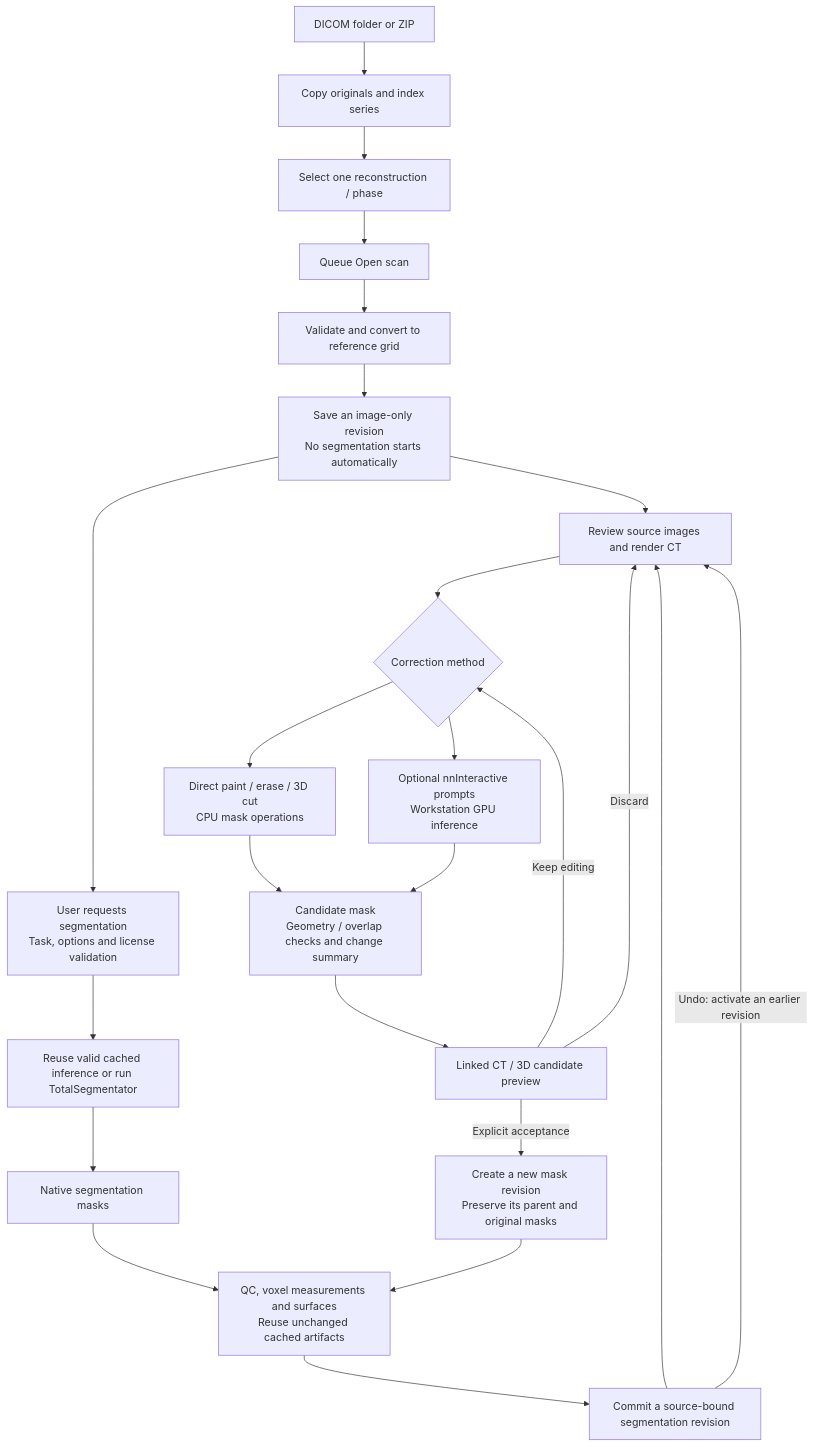
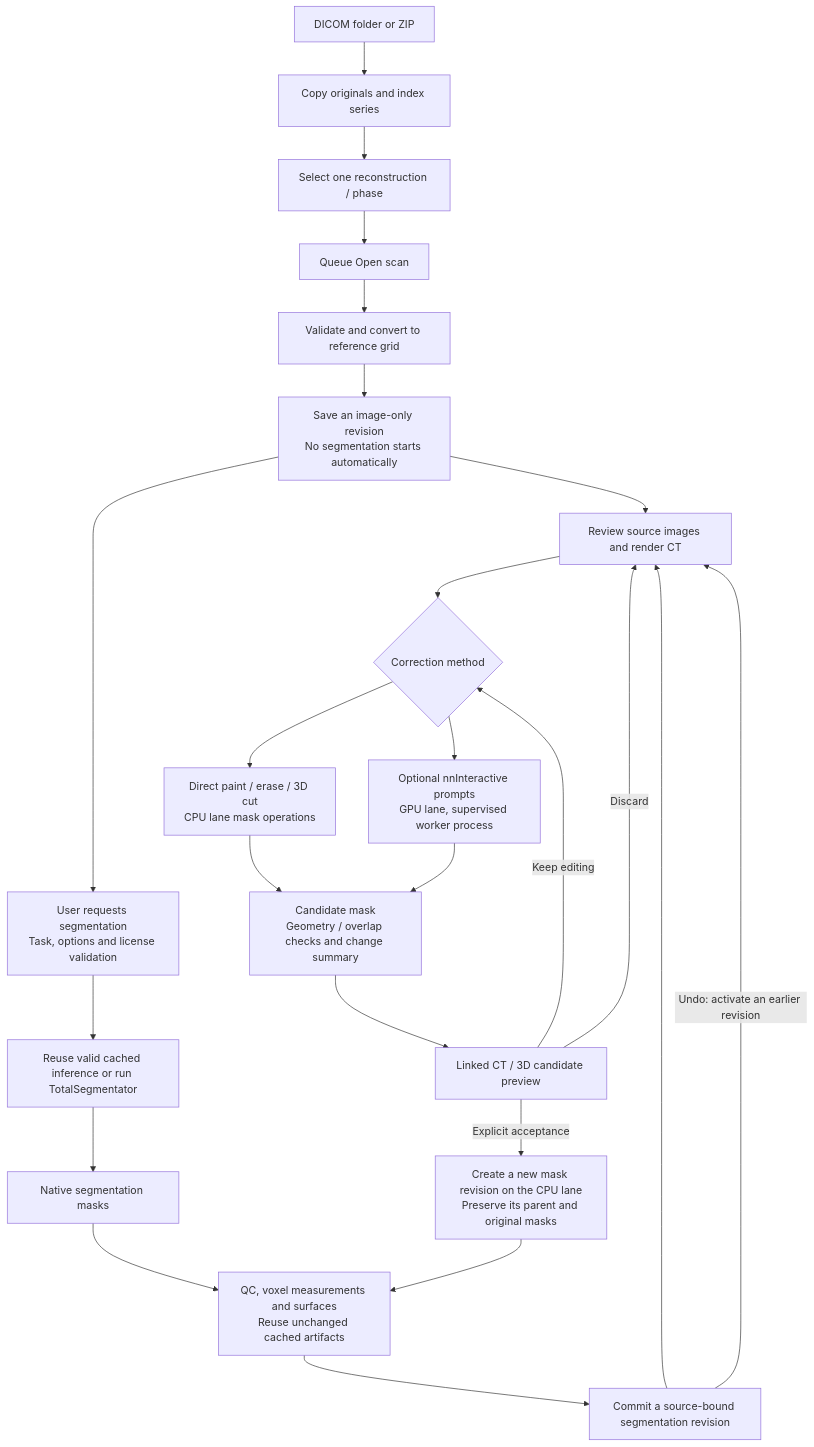
Before and after one commit to Truth129/3DScan: the second of 3 diagrams in docs/ARCHITECTURE.md, drawn with Mermaid. The commit also changed other lines of this file and 4 other files, not shown here.

First line of the commit message:
Document worker lanes and the supervised nnInteractive process

````diff
--- a/docs/ARCHITECTURE.md
+++ b/docs/ARCHITECTURE.md
@@ -93,27 +93,27 @@
 ```mermaid
 flowchart TD
   INPUT["DICOM folder or ZIP"] --> IMPORT["Copy originals and index series"]
   IMPORT --> SELECT["Select one reconstruction / phase"]
   SELECT --> OPEN["Queue Open scan"]
   OPEN --> CONVERT["Validate and convert to reference grid"]
   CONVERT --> IMAGE["Save an image-only revision<br/>No segmentation starts automatically"]
   IMAGE --> VIEW["Review source images and render CT"]
   IMAGE --> REQUEST["User requests segmentation<br/>Task, options and license validation"]
   REQUEST --> INFER["Reuse valid cached inference or run TotalSegmentator"]
   INFER --> MASKS["Native segmentation masks"]
   MASKS --> ARTIFACTS["QC, voxel measurements and surfaces<br/>Reuse unchanged cached artifacts"]
   ARTIFACTS --> SAVE["Commit a source-bound segmentation revision"]
   SAVE --> VIEW
 
   VIEW --> METHOD{"Correction method"}
-  METHOD --> DIRECT["Direct paint / erase / 3D cut<br/>CPU mask operations"]
-  METHOD --> AI["Optional nnInteractive prompts<br/>Workstation GPU inference"]
+  METHOD --> DIRECT["Direct paint / erase / 3D cut<br/>CPU lane mask operations"]
+  METHOD --> AI["Optional nnInteractive prompts<br/>GPU lane, supervised worker process"]
   DIRECT --> CANDIDATE["Candidate mask<br/>Geometry / overlap checks and change summary"]
   AI --> CANDIDATE
   CANDIDATE --> PREVIEW["Linked CT / 3D candidate preview"]
   PREVIEW -->|"Keep editing"| METHOD
   PREVIEW -->|"Discard"| VIEW
-  PREVIEW -->|"Explicit acceptance"| NEW["Create a new mask revision<br/>Preserve its parent and original masks"]
+  PREVIEW -->|"Explicit acceptance"| NEW["Create a new mask revision on the CPU lane<br/>Preserve its parent and original masks"]
   NEW --> ARTIFACTS
   SAVE -->|"Undo: activate an earlier revision"| VIEW
 ```
````
